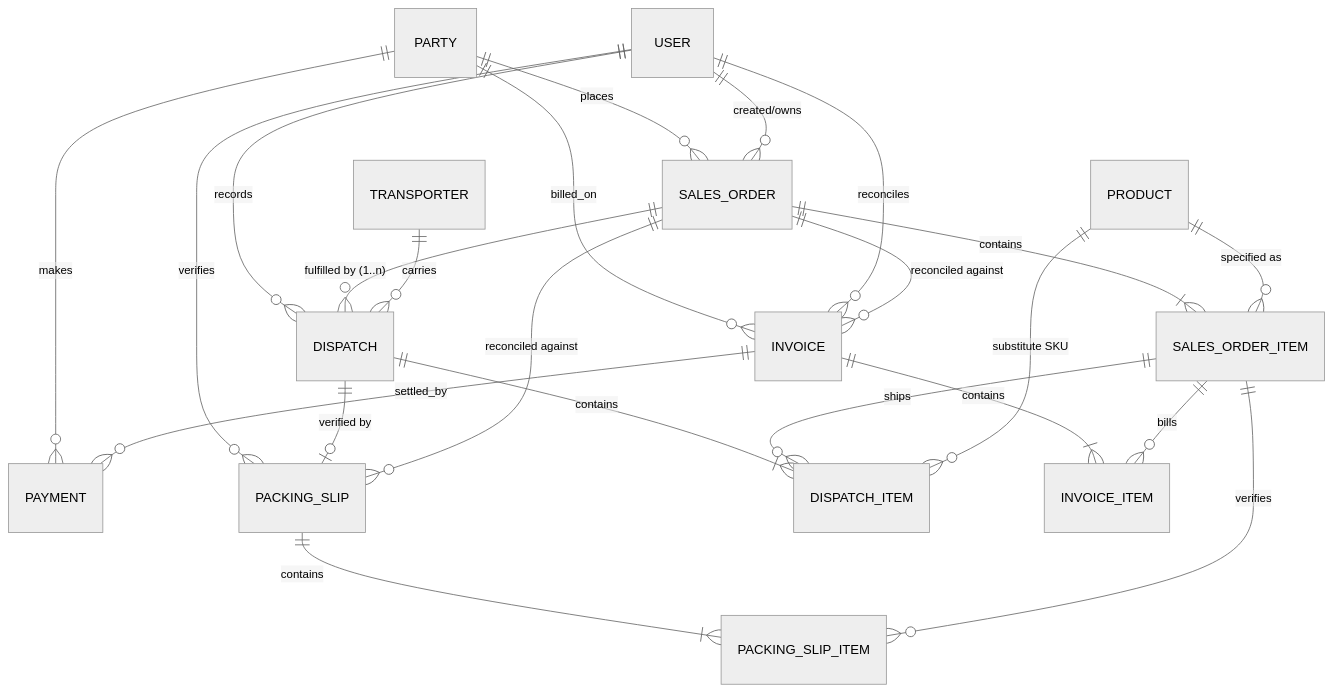
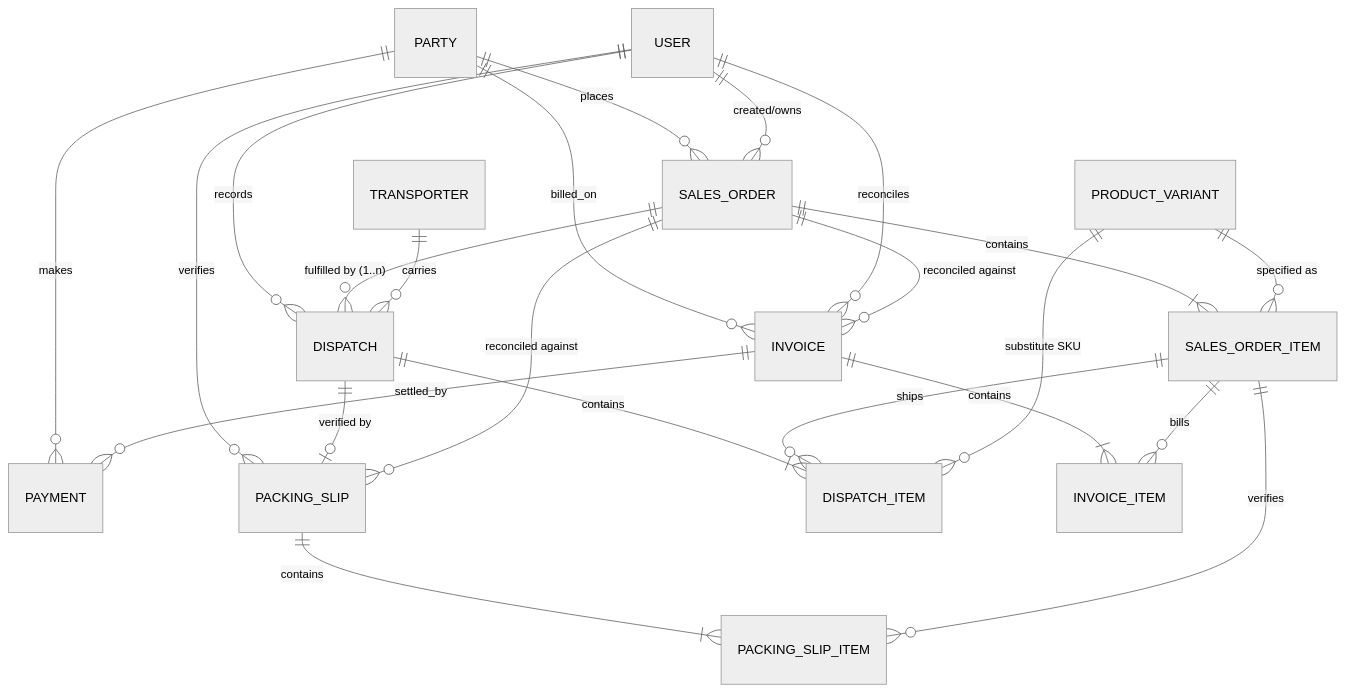
The diagram in docs/database/er-diagram.md (abhiarora98/DotAtlas), drawn with Mermaid (neutral theme) before and after one commit. The commit also changed other lines of this file and 7 other files, not shown here.

First line of the commit message:
docs: strengthen architecture foundations

````diff
--- a/docs/database/er-diagram.md
+++ b/docs/database/er-diagram.md
@@ -15,30 +21,30 @@
 ```mermaid
 erDiagram
     PARTY                ||--o{ SALES_ORDER        : places
     PARTY                ||--o{ INVOICE            : billed_on
     PARTY                ||--o{ PAYMENT            : makes
     USER                 ||--o{ SALES_ORDER        : "created/owns"
     USER                 ||--o{ DISPATCH           : records
     USER                 ||--o{ PACKING_SLIP       : verifies
     USER                 ||--o{ INVOICE            : reconciles
 
     SALES_ORDER          ||--|{ SALES_ORDER_ITEM   : contains
-    PRODUCT              ||--o{ SALES_ORDER_ITEM   : "specified as"
+    PRODUCT_VARIANT      ||--o{ SALES_ORDER_ITEM   : "specified as"
 
     SALES_ORDER          ||--o{ DISPATCH           : "fulfilled by (1..n)"
     DISPATCH             ||--|{ DISPATCH_ITEM      : contains
     SALES_ORDER_ITEM     ||--o{ DISPATCH_ITEM      : ships
-    PRODUCT              ||--o{ DISPATCH_ITEM      : "substitute SKU"
+    PRODUCT_VARIANT      ||--o{ DISPATCH_ITEM      : "substitute SKU"
 
     DISPATCH             ||--o| PACKING_SLIP        : "verified by"
     SALES_ORDER          ||--o{ PACKING_SLIP        : "reconciled against"
     PACKING_SLIP         ||--|{ PACKING_SLIP_ITEM  : contains
     SALES_ORDER_ITEM     ||--o{ PACKING_SLIP_ITEM  : verifies
 
     SALES_ORDER          ||--o{ INVOICE            : "reconciled against"
     INVOICE              ||--|{ INVOICE_ITEM       : contains
     SALES_ORDER_ITEM     ||--o{ INVOICE_ITEM       : bills
     INVOICE              ||--o{ PAYMENT            : settled_by
 
     TRANSPORTER          ||--o{ DISPATCH           : carries
 ```
````
